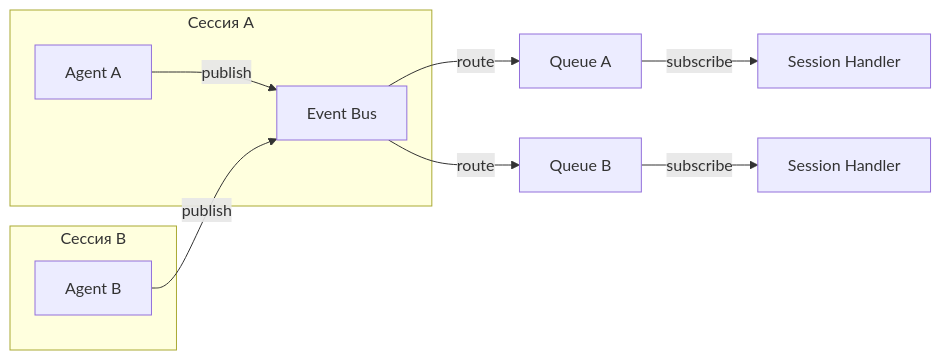
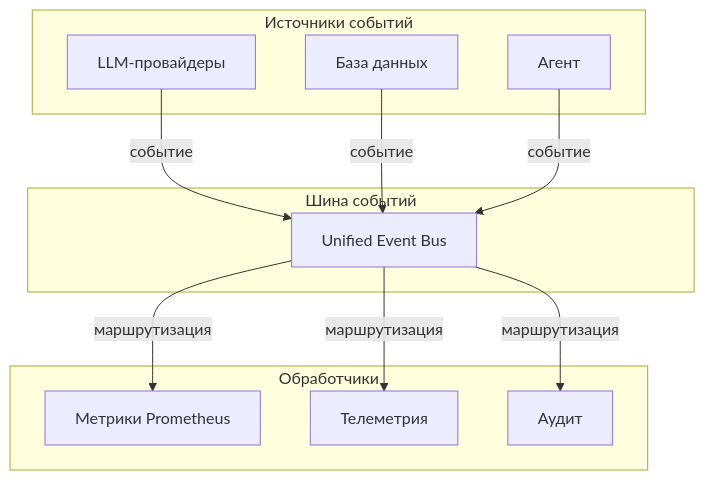
The fourth of 4 diagrams in docs/KORU_AGENT_PRESENTATION.md (AlexEgorov85/koru-agent), drawn with Mermaid before and after one commit. The commit also changed other lines of this file, not shown here.

Commit message:
Fix EventBus schema and replace anglicisms with Russian

````diff
--- a/docs/KORU_AGENT_PRESENTATION.md
+++ b/docs/KORU_AGENT_PRESENTATION.md
@@ -420,16 +420,25 @@
 ```mermaid
-graph LR
-    subgraph "Сессия A"
-        A[Agent A] -->|publish| EB[Event Bus]
+graph TB
+    subgraph "Источники событий"
+        LLM[LLM-провайдеры]
+        DB[База данных]
+        AG[Агент]
     end
 
-    subgraph "Сессия B"
-        B[Agent B] -->|publish| EB
+    subgraph "Шина событий"
+        EB[Unified Event Bus]
     end
 
-    EB -->|route| QA[Queue A]
-    EB -->|route| QB[Queue B]
+    subgraph "Обработчики"
+        MET[Метрики Prometheus]
+        TEL[Телеметрия]
+        AUD[Аудит]
+    end
 
-    QA -->|subscribe| HandlerA[Session Handler]
-    QB -->|subscribe| HandlerB[Session Handler]
+    LLM -->|событие| EB
+    DB -->|событие| EB
+    AG -->|событие| EB
+    EB -->|маршрутизация| MET
+    EB -->|маршрутизация| TEL
+    EB -->|маршрутизация| AUD
 ```
````
